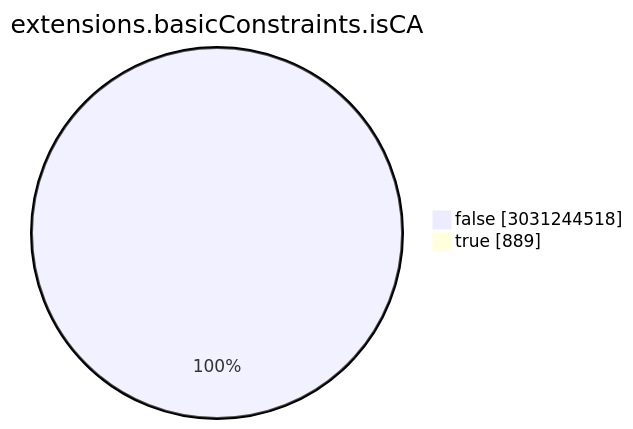
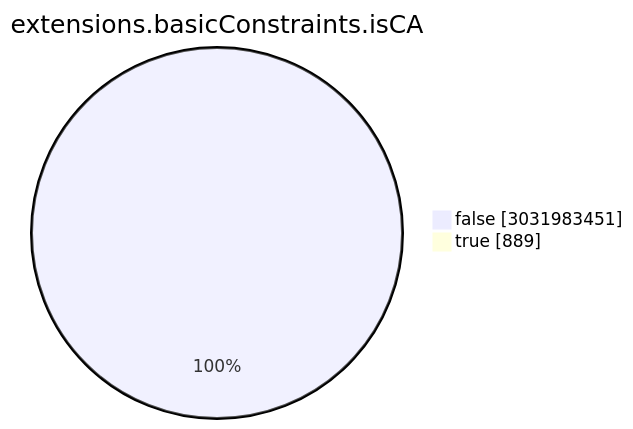
One commit to christiankrug/ctmonitor_visualization changed the seventh of 15 diagrams in TOTAL/README.md. Above: the diagram before and after it, drawn with Mermaid. The commit also changed other lines of this file, not shown here.

````diff
--- a/TOTAL/README.md
+++ b/TOTAL/README.md
@@ -3086,6 +3086,6 @@
 ```mermaid
 pie showData
 title extensions.basicConstraints.isCA
-"false" :3031244518
+"false" :3031983451
 "true" :889
 ```
````
